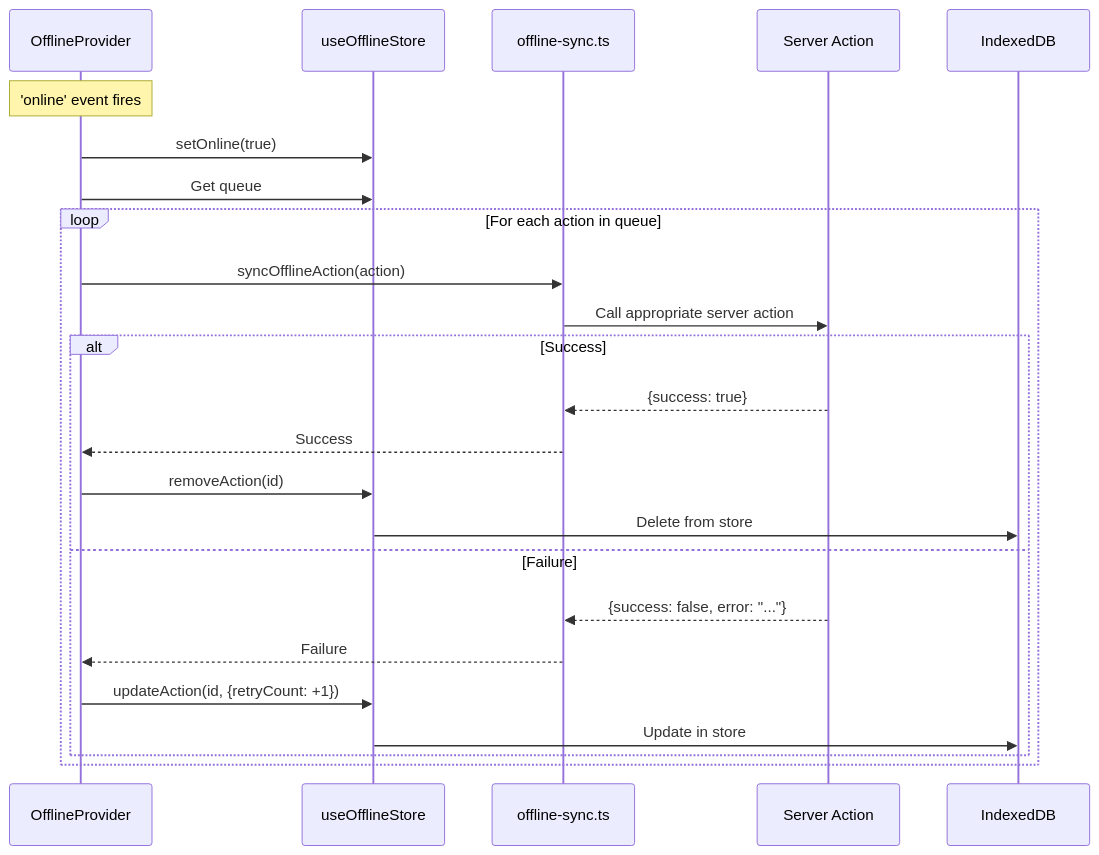
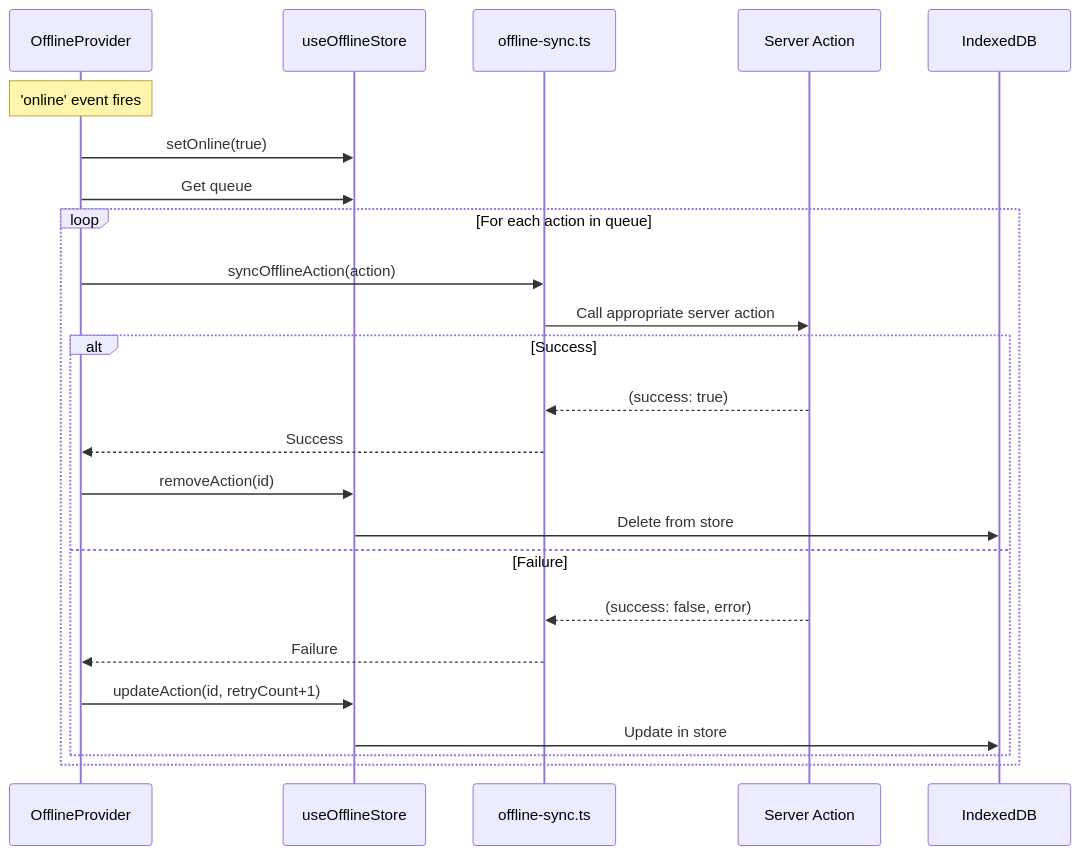
The sixth of 7 diagrams in docs/08-offline-queue.md (asefahmed500/Smart-Task-App_IIT_DU_Final_Project), drawn with Mermaid before and after one commit. The commit also changed other lines of this file and 9 other files, not shown here.

Commit message:
fix: update AGENTS.md with Vercel deployment notes and additional mermaid cleanups

````diff
--- a/docs/08-offline-queue.md
+++ b/docs/08-offline-queue.md
@@ -197,30 +197,30 @@
 ```mermaid
 sequenceDiagram
     participant Provider as OfflineProvider
     participant Store as useOfflineStore
     participant Sync as offline-sync.ts
     participant Server as Server Action
     participant IDB as IndexedDB
 
     Note over Provider: 'online' event fires
 
     Provider->>Store: setOnline(true)
     Provider->>Store: Get queue
 
     loop For each action in queue
         Provider->>Sync: syncOfflineAction(action)
         Sync->>Server: Call appropriate server action
 
         alt Success
-            Server-->>Sync: {success: true}
+            Server-->>Sync: (success: true)
             Sync-->>Provider: Success
             Provider->>Store: removeAction(id)
             Store->>IDB: Delete from store
         else Failure
-            Server-->>Sync: {success: false, error: "..."}
+            Server-->>Sync: (success: false, error)
             Sync-->>Provider: Failure
-            Provider->>Store: updateAction(id, {retryCount: +1})
+            Provider->>Store: updateAction(id, retryCount+1)
             Store->>IDB: Update in store
         end
     end
 ```
````
